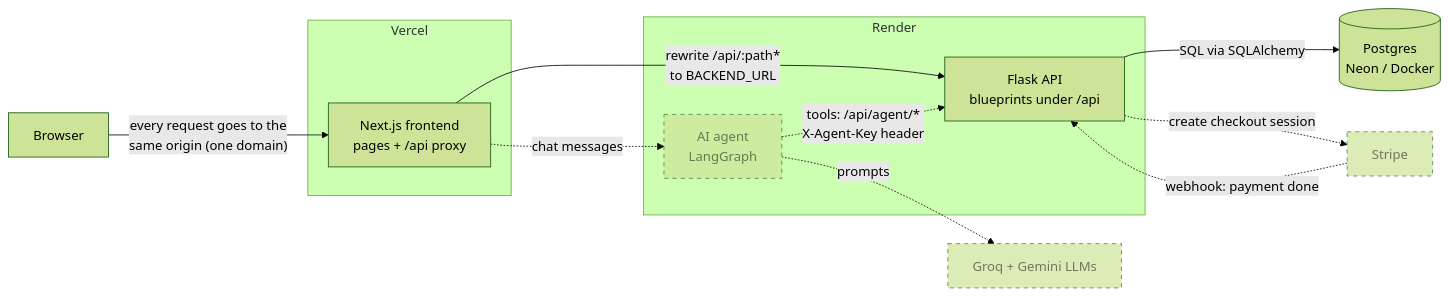
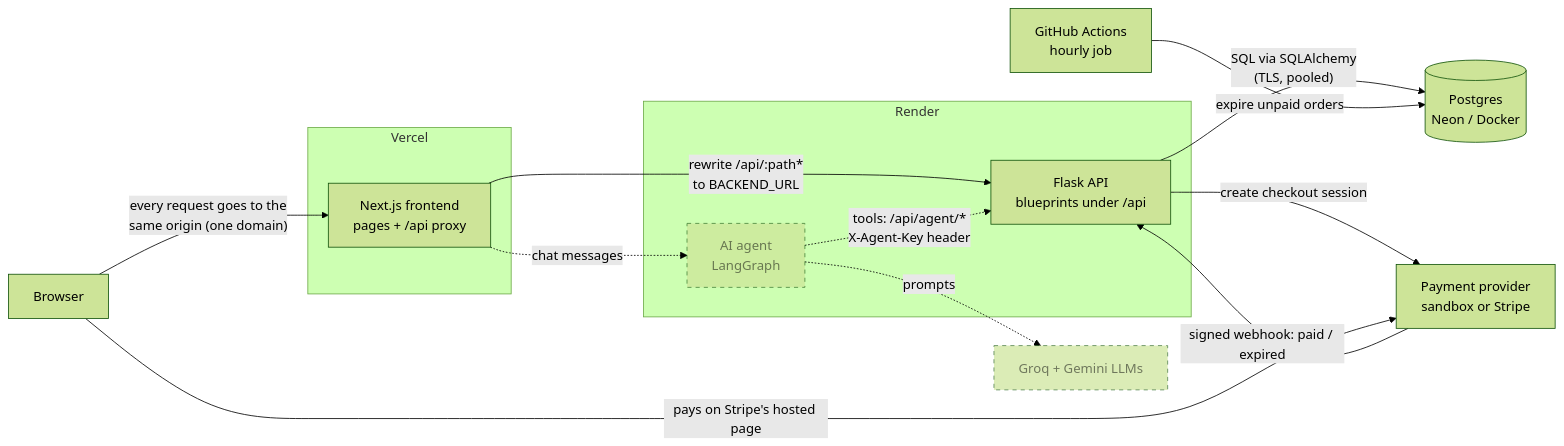
Before and after one commit to abdullahrasheed102/kora-store: the first of 10 diagrams in docs/ARCHITECTURE.md, drawn with Mermaid (forest theme). The commit also changed other lines of this file and 150 other files, not shown here.

````diff
--- a/docs/ARCHITECTURE.md
+++ b/docs/ARCHITECTURE.md
@@ -22,28 +23,31 @@
 ```mermaid
 flowchart LR
     B[Browser]
 
     subgraph Vercel
         N[Next.js frontend<br/>pages + /api proxy]
     end
 
     subgraph Render
         F[Flask API<br/>blueprints under /api]
         A[AI agent<br/>LangGraph]:::planned
     end
 
     DB[(Postgres<br/>Neon / Docker)]
-    S[Stripe]:::planned
+    GH[GitHub Actions<br/>hourly job]
+    S[Payment provider<br/>sandbox or Stripe]
     L[Groq + Gemini LLMs]:::planned
 
     B -- "every request goes to the<br/>same origin (one domain)" --> N
     N -- "rewrite /api/:path*<br/>to BACKEND_URL" --> F
-    F -- "SQL via SQLAlchemy" --> DB
-    F -. "create checkout session" .-> S
-    S -. "webhook: payment done" .-> F
+    F -- "SQL via SQLAlchemy<br/>(TLS, pooled)" --> DB
+    GH -- "expire unpaid orders" --> DB
+    F -- "create checkout session" --> S
+    S -- "signed webhook: paid / expired" --> F
+    B -- "pays on Stripe's hosted page" --> S
     N -. "chat messages" .-> A
     A -. "tools: /api/agent/*<br/>X-Agent-Key header" .-> F
     A -. "prompts" .-> L
 
     classDef planned stroke-dasharray: 5 5,opacity:0.7
 ```
````
